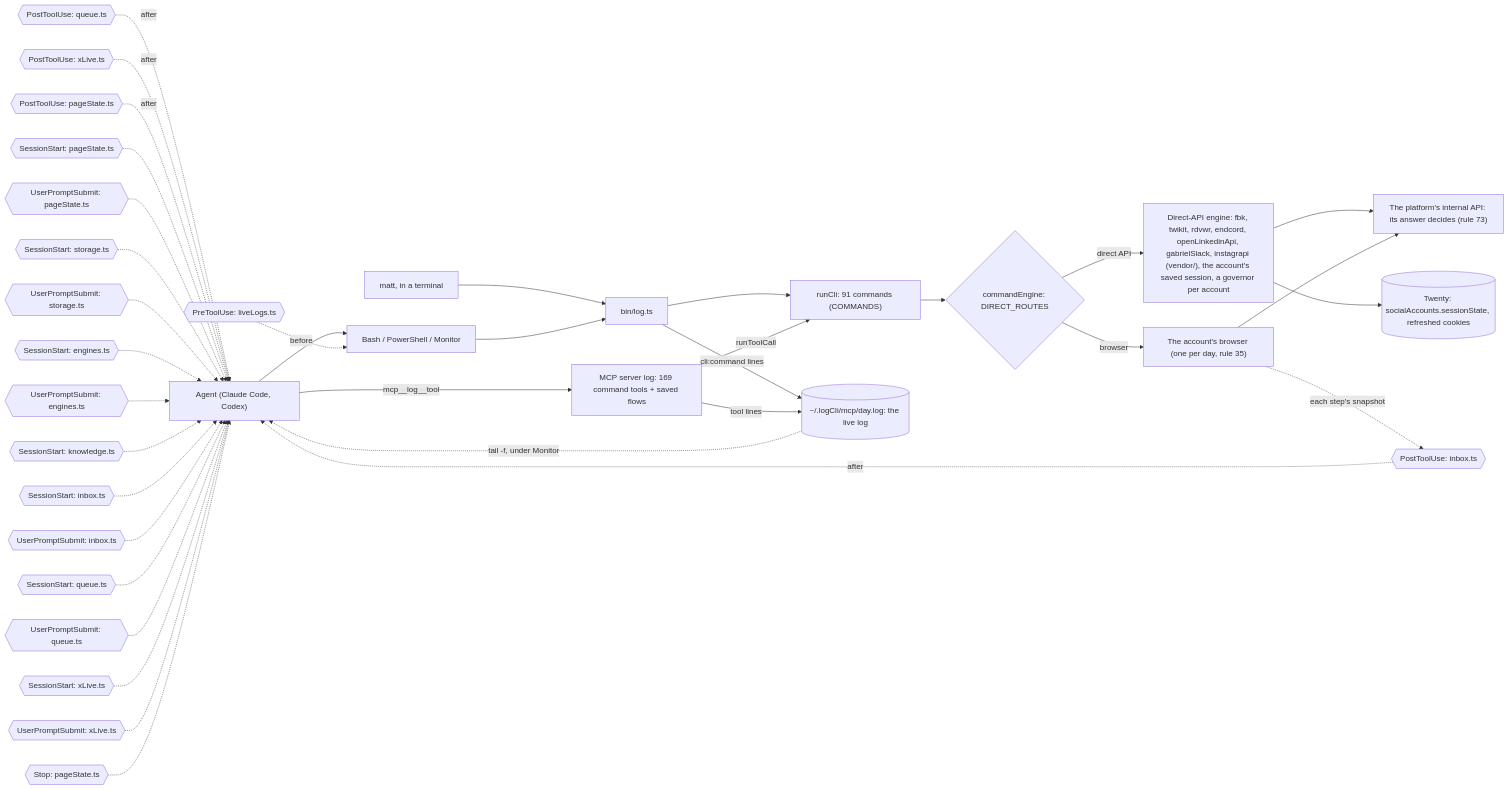
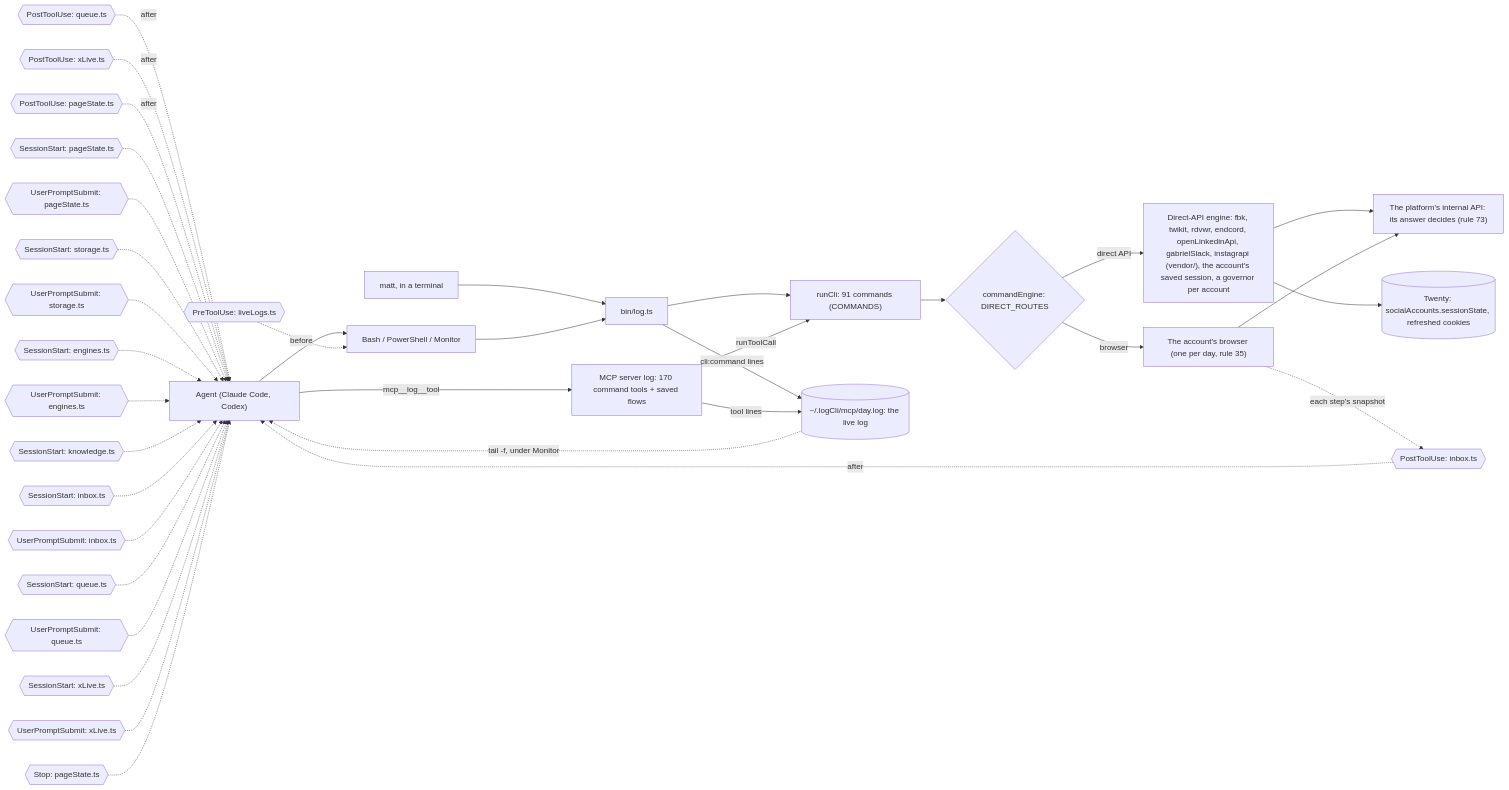
One commit to matthewdonsemail-lab/log changed the diagram in docs/diagrams/surface.mmd. Above: the diagram before and after it, drawn with Mermaid. The commit also changed 19 other files, not shown here.

```diff
--- a/docs/diagrams/surface.mmd
+++ b/docs/diagrams/surface.mmd
@@ -1,50 +1,50 @@
 %% How a call reaches log-cli. From a shell or over MCP, both run the same commands through `runCli`, write the same live log, and pass through the same hooks. `commandEngine` sends each command to the platform's direct API or to the account's browser.
 %% Written by `bun run docs:build` from the code (rule 56). Not edited by hand.
 flowchart LR
   agent["Agent (Claude Code, Codex)"]
   matt["matt, in a terminal"]
   shell["Bash / PowerShell / Monitor"]
-  mcp["MCP server log: 169 command tools + saved flows"]
+  mcp["MCP server log: 170 command tools + saved flows"]
   bin["bin/log.ts"]
   runCli["runCli: 91 commands (COMMANDS)"]
   live[("~/.logCli/mcp/day.log: the live log")]
   engine{"commandEngine: DIRECT_ROUTES"}
   direct["Direct-API engine: fbk, twikit, rdvwr, endcord, openLinkedinApi, gabrielSlack, instagrapi (vendor/), the account's saved session, a governor per account"]
   browser["The account's browser (one per day, rule 35)"]
   api["The platform's internal API: its answer decides (rule 73)"]
   twenty[("Twenty: socialAccounts.sessionState, refreshed cookies")]
   agent --> shell
   matt --> bin
   shell --> bin
   agent -->|mcp__log__tool| mcp
   bin --> runCli
   mcp -->|runToolCall| runCli
   runCli --> engine
   engine -->|direct API| direct
   engine -->|browser| browser
   direct --> api
   browser --> api
   direct --> twenty
   bin -->|cli:command lines| live
   mcp -->|tool lines| live
   live -.->|tail -f, under Monitor| agent
   pre0{{"PreToolUse: liveLogs.ts"}} -.->|before| shell
   post0{{"PostToolUse: inbox.ts"}} -.->|after| agent
   post1{{"PostToolUse: queue.ts"}} -.->|after| agent
   post2{{"PostToolUse: xLive.ts"}} -.->|after| agent
   post3{{"PostToolUse: pageState.ts"}} -.->|after| agent
   turn0{{"SessionStart: pageState.ts"}} -.-> agent
   turn1{{"UserPromptSubmit: pageState.ts"}} -.-> agent
   turn2{{"SessionStart: storage.ts"}} -.-> agent
   turn3{{"UserPromptSubmit: storage.ts"}} -.-> agent
   turn4{{"SessionStart: engines.ts"}} -.-> agent
   turn5{{"UserPromptSubmit: engines.ts"}} -.-> agent
   turn6{{"SessionStart: knowledge.ts"}} -.-> agent
   turn7{{"SessionStart: inbox.ts"}} -.-> agent
   turn8{{"UserPromptSubmit: inbox.ts"}} -.-> agent
   turn9{{"SessionStart: queue.ts"}} -.-> agent
   turn10{{"UserPromptSubmit: queue.ts"}} -.-> agent
   turn11{{"SessionStart: xLive.ts"}} -.-> agent
   turn12{{"UserPromptSubmit: xLive.ts"}} -.-> agent
   turn13{{"Stop: pageState.ts"}} -.-> agent
   browser -.->|each step's snapshot| post0
```
